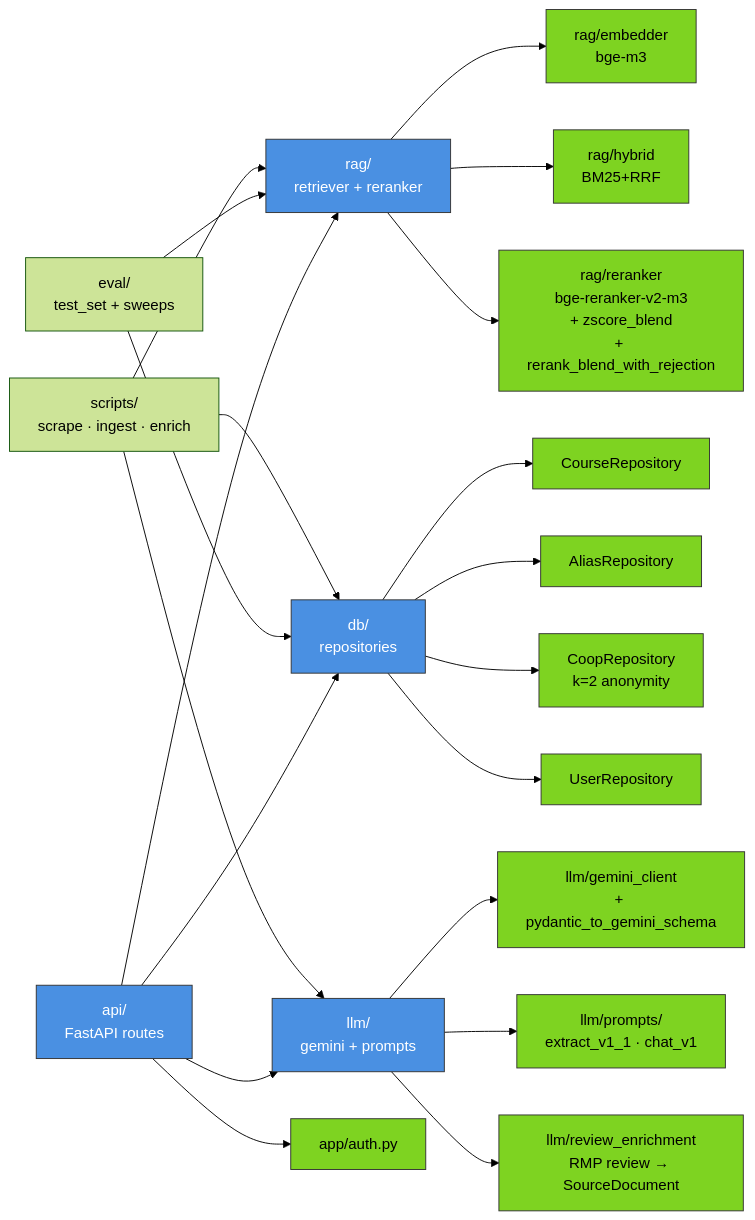
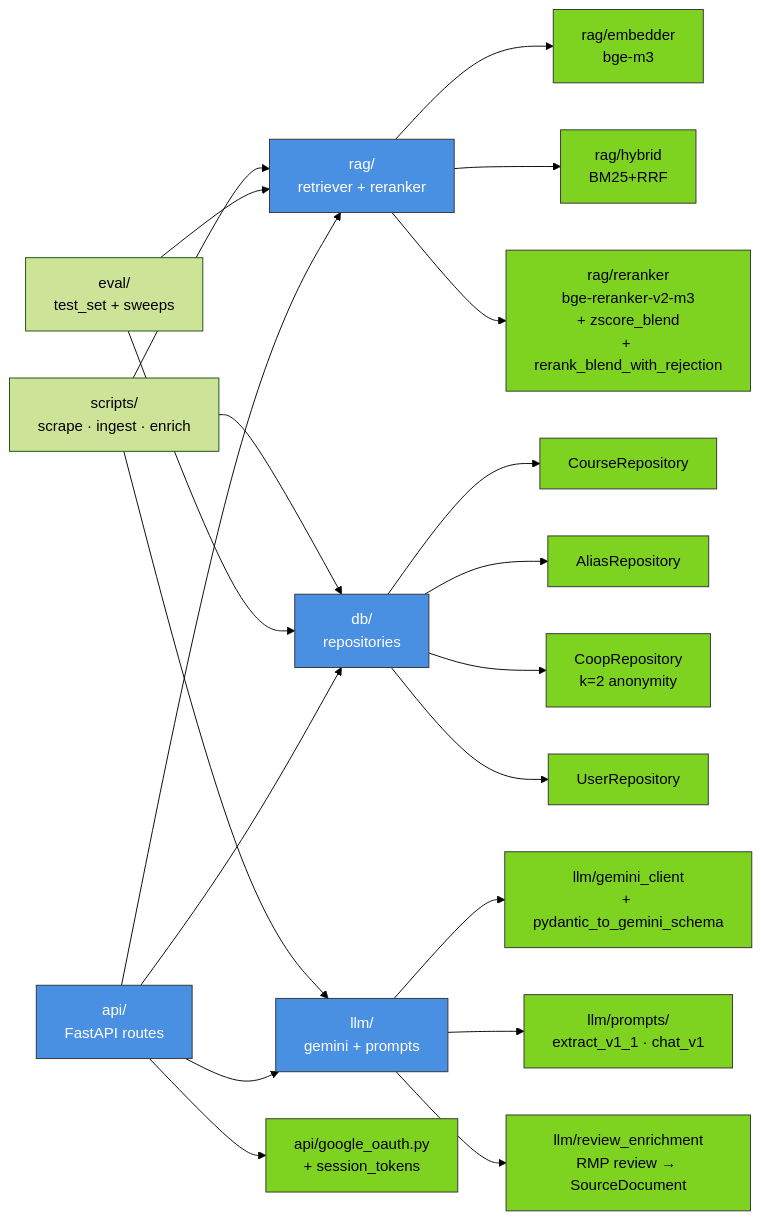
The fifth of 5 diagrams in docs/system_architecture.md (SimonShenhw/neu-compass), drawn with Mermaid (forest theme) before and after one commit. The commit also changed other lines of this file and 18 other files, not shown here.

````diff
--- a/docs/system_architecture.md
+++ b/docs/system_architecture.md
@@ -184,31 +184,31 @@
 ```mermaid
 flowchart LR
     api[api/<br/>FastAPI routes] --> rag[rag/<br/>retriever + reranker]
     api --> db[db/<br/>repositories]
     api --> llm[llm/<br/>gemini + prompts]
-    api --> app_auth[app/auth.py]
+    api --> google_oauth[api/google_oauth.py<br/>+ session_tokens]
 
     rag --> embedder[rag/embedder<br/>bge-m3]
     rag --> hybrid[rag/hybrid<br/>BM25+RRF]
     rag --> reranker[rag/reranker<br/>bge-reranker-v2-m3<br/>+ zscore_blend<br/>+ rerank_blend_with_rejection]
 
     llm --> gemini_client[llm/gemini_client<br/>+ pydantic_to_gemini_schema]
     llm --> prompts[llm/prompts/<br/>extract_v1_1 · chat_v1]
     llm --> review_enrich[llm/review_enrichment<br/>RMP review → SourceDocument]
 
     db --> course_repo[CourseRepository]
     db --> alias_repo[AliasRepository]
     db --> coop_repo[CoopRepository<br/>k=2 anonymity]
     db --> user_repo[UserRepository]
 
     eval[eval/<br/>test_set + sweeps] --> rag
     eval --> db
     scripts[scripts/<br/>scrape · ingest · enrich] --> db
     scripts --> rag
     scripts --> llm
 
     classDef layer fill:#4a90e2,stroke:#333,color:#fff
     classDef sub fill:#7ed321,stroke:#333,color:#000
     class api,rag,db,llm layer
-    class embedder,hybrid,reranker,gemini_client,prompts,review_enrich,course_repo,alias_repo,coop_repo,user_repo,app_auth sub
+    class embedder,hybrid,reranker,gemini_client,prompts,review_enrich,course_repo,alias_repo,coop_repo,user_repo,google_oauth sub
 ```
````
